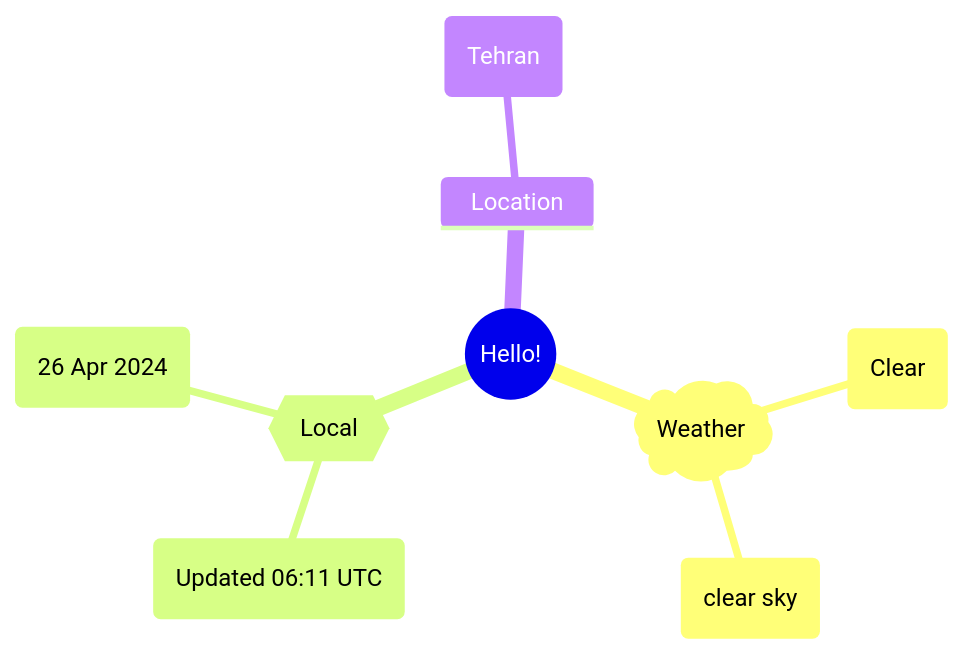
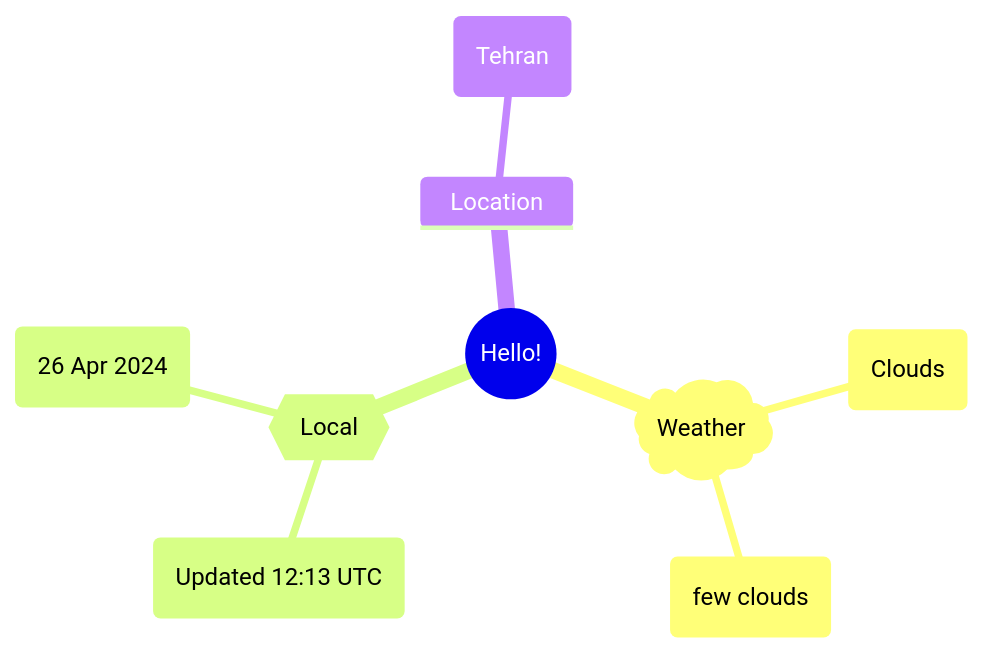
Before and after one commit to Xosrov/Xosrov: the first of 2 diagrams in README.md, drawn with Mermaid.

Commit message:
[bot] updated images

````diff
--- a/README.md
+++ b/README.md
@@ -3,12 +3,12 @@
 ```mermaid
 mindmap
   root((Hello!))
     )Weather(
-        (Clear)
-        (clear sky)
+        (Clouds)
+        (few clouds)
     {{Local}}
-        (Updated 06:11 UTC)
+        (Updated 12:13 UTC)
         (26 Apr 2024)
     Location
         (Tehran)
 ```
````
